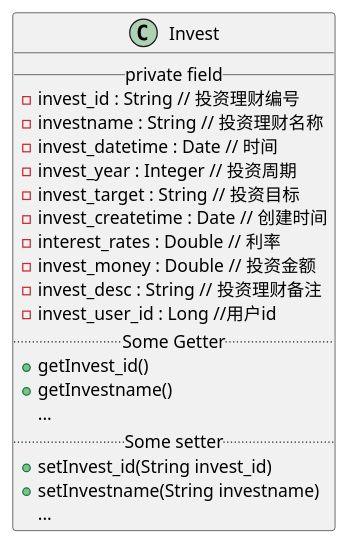
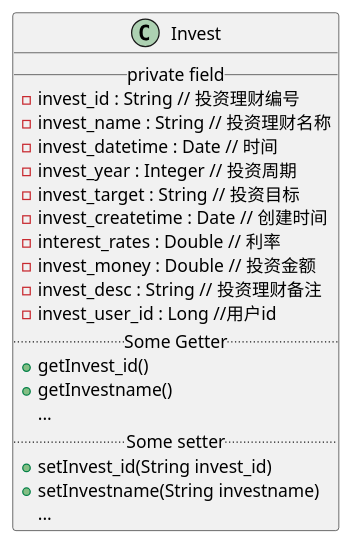
Before and after one commit to xiaokangxxs/notebook: diagram 23 of 31 in docs/UML/plantuml.md, drawn with PlantUML. The commit also changed other lines of this file and 9 other files, not shown here.

Commit message:
add sqoop and update uml

````diff
--- a/docs/UML/plantuml.md
+++ b/docs/UML/plantuml.md
@@ -462,27 +458,27 @@
 ```plantuml
 @startuml
 
 class Invest {
 __ private field __
  -invest_id : String // 投资理财编号
- -investname : String // 投资理财名称
+ -invest_name : String // 投资理财名称
  -invest_datetime : Date // 时间
  -invest_year : Integer // 投资周期
  -invest_target : String // 投资目标
  -invest_createtime : Date // 创建时间
  -interest_rates : Double // 利率
  -invest_money : Double // 投资金额
  -invest_desc : String // 投资理财备注
  -invest_user_id : Long //用户id
 .. Some Getter ..
   + getInvest_id()
   + getInvestname()
   ...
 .. Some setter ..
   + setInvest_id(String invest_id)
   + setInvestname(String investname)
   ...
 }
 
 @enduml
 ```
````
